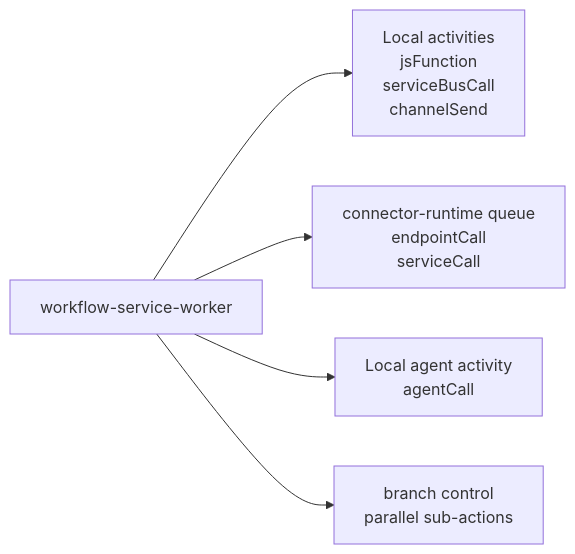
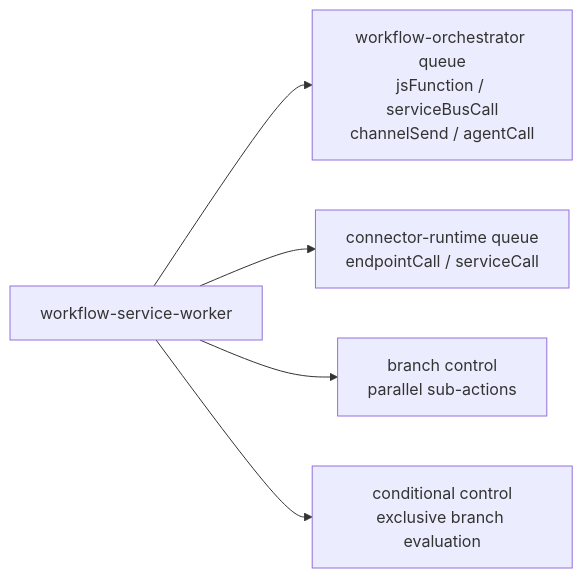
The second of 3 diagrams in DOCS/04-WORKFLOW-ENGINE.md (ccarnero/colloqui), drawn with Mermaid before and after one commit. The commit also changed other lines of this file and 857 other files, not shown here.

````diff
--- a/DOCS/04-WORKFLOW-ENGINE.md
+++ b/DOCS/04-WORKFLOW-ENGINE.md
@@ -57,8 +62,8 @@
 ```mermaid
 flowchart LR
     wfw[workflow-service-worker]
-    wfw --> local[Local activities\njsFunction\nserviceBusCall\nchannelSend]
-    wfw --> httpa[connector-runtime queue\nendpointCall\nserviceCall]
-    wfw --> localagent[Local agent activity\nagentCall]
+    wfw --> local[workflow-orchestrator queue\njsFunction / serviceBusCall\nchannelSend / agentCall]
+    wfw --> crt[connector-runtime queue\nendpointCall / serviceCall]
     wfw --> branch[branch control\nparallel sub-actions]
+    wfw --> cond[conditional control\nexclusive branch evaluation]
 ```
````
